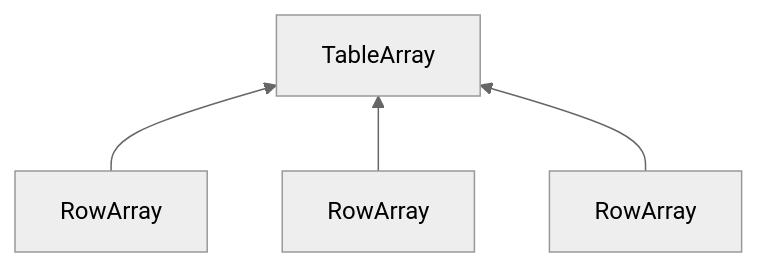
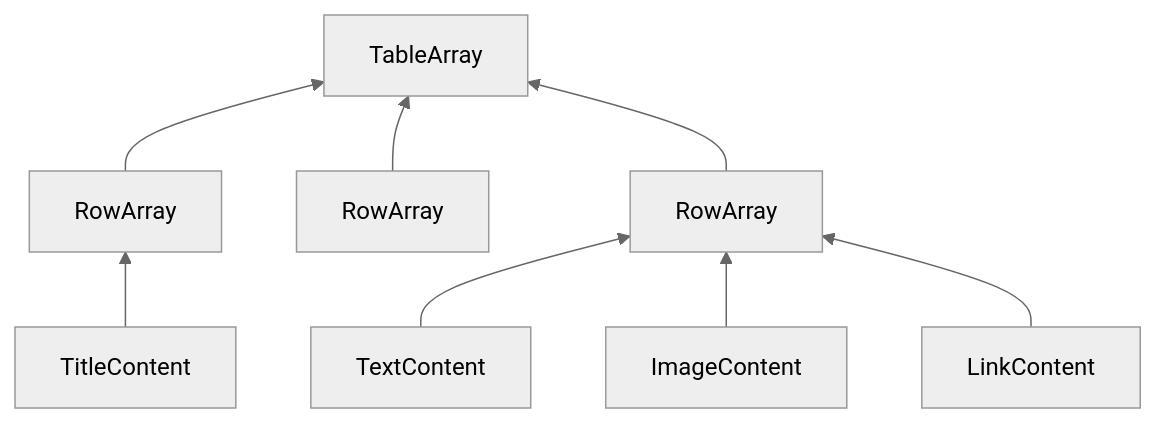
One commit to lcov29/markdown-table-generator changed the third of 3 diagrams in documentation/documentation.md. Above: the diagram before and after it, drawn with Mermaid (neutral theme).

Commit message:
update diagram

````diff
--- a/documentation/documentation.md
+++ b/documentation/documentation.md
@@ -115,6 +115,10 @@
 ```mermaid
 flowchart BT
     a[RowArray] --> z[TableArray]
     b[RowArray] --> z[TableArray]
     c[RowArray] --> z[TableArray]
+    d[TitleContent] --> a
+    e[TextContent] --> c
+    f[ImageContent] --> c
+    g[LinkContent] --> c
 ```
````
